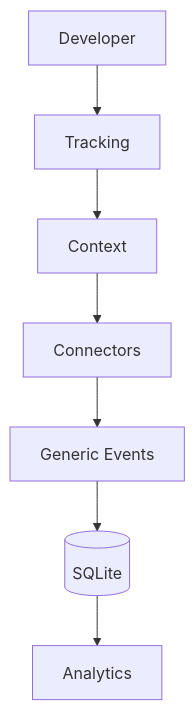
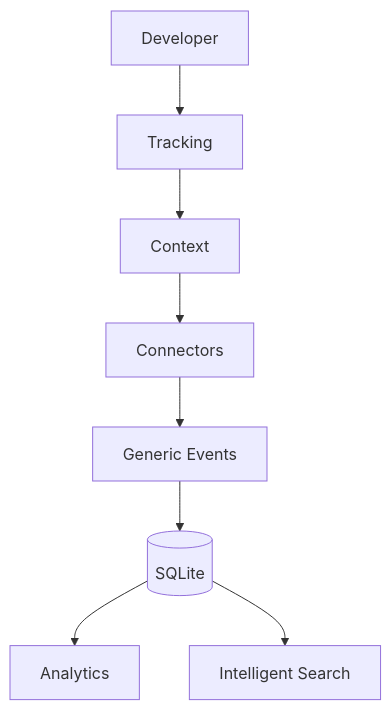
One commit to Sanjayram710/prometra changed the diagram in README.md. Above: the diagram before and after it, drawn with Mermaid. The commit also changed other lines of this file and 16 other files, not shown here.

Commit message:
Release v1.7.0 Intelligent Search

````diff
--- a/README.md
+++ b/README.md
@@ -70,9 +72,10 @@
 ```mermaid
 flowchart TD
     Dev[Developer] --> CLI[Tracking]
     CLI --> SM[Context]
     SM --> TE[Connectors]
     TE --> EventM[Generic Events]
     EventM --> DB[(SQLite)]
     DB --> Analytics[Analytics]
+    DB --> Search[Intelligent Search]
 ```
````
